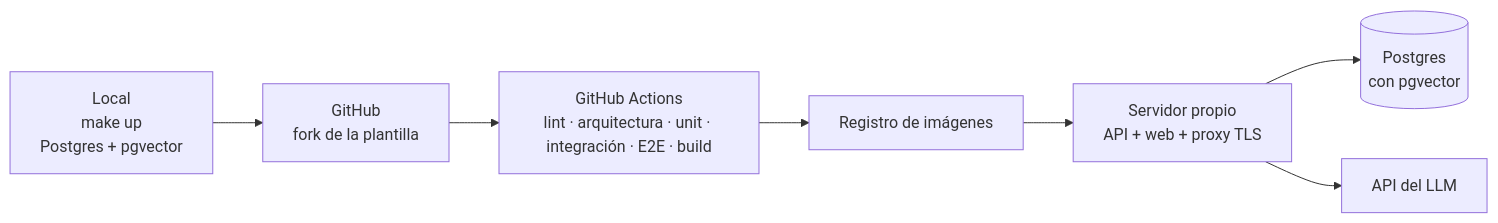
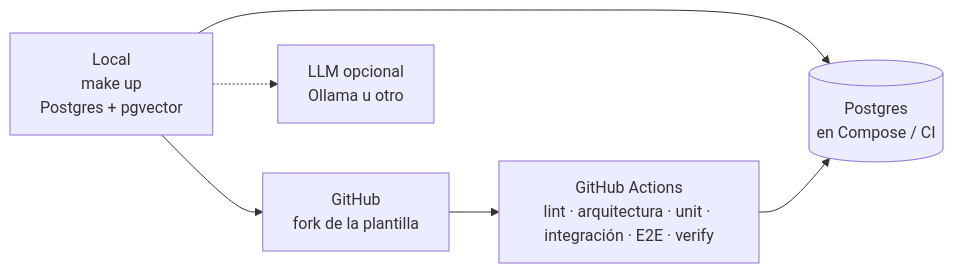
One commit to DisTinta/AI4Devs-finalproject changed the second of 3 diagrams in readme.md. Above: the diagram before and after it, drawn with Mermaid. The commit also changed other lines of this file and 3 other files, not shown here.

First line of the commit message:
docs: evidencia solo local, LLM hibrido/Ollama y prompt del esqueleto

````diff
--- a/readme.md
+++ b/readme.md
@@ -517,14 +535,13 @@
 ```mermaid
 flowchart LR
     DEV["Local<br/>make up<br/>Postgres + pgvector"]
     GH["GitHub<br/>fork de la plantilla"]
-    CI["GitHub Actions<br/>lint · arquitectura · unit · integración · E2E · build"]
-    REG["Registro de imágenes"]
-    HOST["Servidor propio<br/>API + web + proxy TLS"]
-    DB[("Postgres<br/>con pgvector")]
-    LLM["API del LLM"]
+    CI["GitHub Actions<br/>lint · arquitectura · unit · integración · E2E · verify"]
+    DB[("Postgres<br/>en Compose / CI")]
+    LLM["LLM opcional<br/>Ollama u otro"]
 
-    DEV --> GH --> CI --> REG --> HOST
-    HOST --> DB
-    HOST --> LLM
+    DEV --> GH --> CI
+    DEV --> DB
+    CI --> DB
+    DEV -.-> LLM
 ```
````
